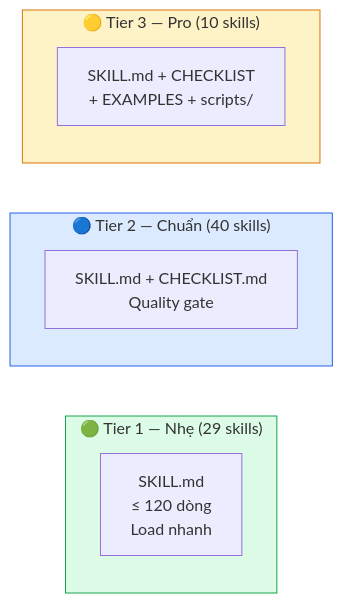
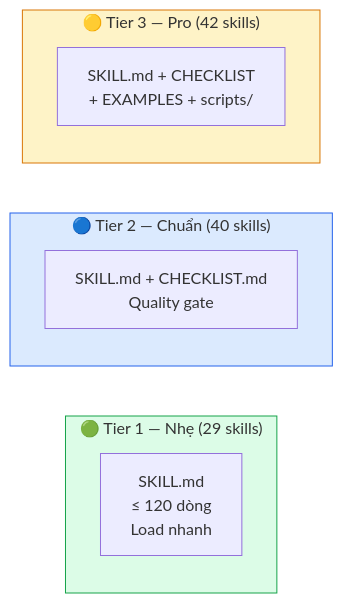
The fourth of 10 diagrams in README.md (xaotiensinh-abm/abm-workforce), drawn with Mermaid before and after one commit. The commit also changed other lines of this file and 65 other files, not shown here.

````diff
--- a/README.md
+++ b/README.md
@@ -243,16 +236,16 @@
 ```mermaid
 graph LR
     subgraph T1["🟢 Tier 1 — Nhẹ (29 skills)"]
-        A1["SKILL.md<br/>≤ 120 dòng<br/>Load nhanh"]
+        A1["SKILL.md<br>≤ 120 dòng<br>Load nhanh"]
     end
     subgraph T2["🔵 Tier 2 — Chuẩn (40 skills)"]
-        A2["SKILL.md + CHECKLIST.md<br/>Quality gate"]
+        A2["SKILL.md + CHECKLIST.md<br>Quality gate"]
     end
-    subgraph T3["🟡 Tier 3 — Pro (10 skills)"]
-        A3["SKILL.md + CHECKLIST<br/>+ EXAMPLES + scripts/"]
+    subgraph T3["🟡 Tier 3 — Pro (42 skills)"]
+        A3["SKILL.md + CHECKLIST<br>+ EXAMPLES + scripts/"]
     end
 
     style T1 fill:#dcfce7,stroke:#16a34a
     style T2 fill:#dbeafe,stroke:#2563eb
     style T3 fill:#fef3c7,stroke:#d97706
 ```
````
